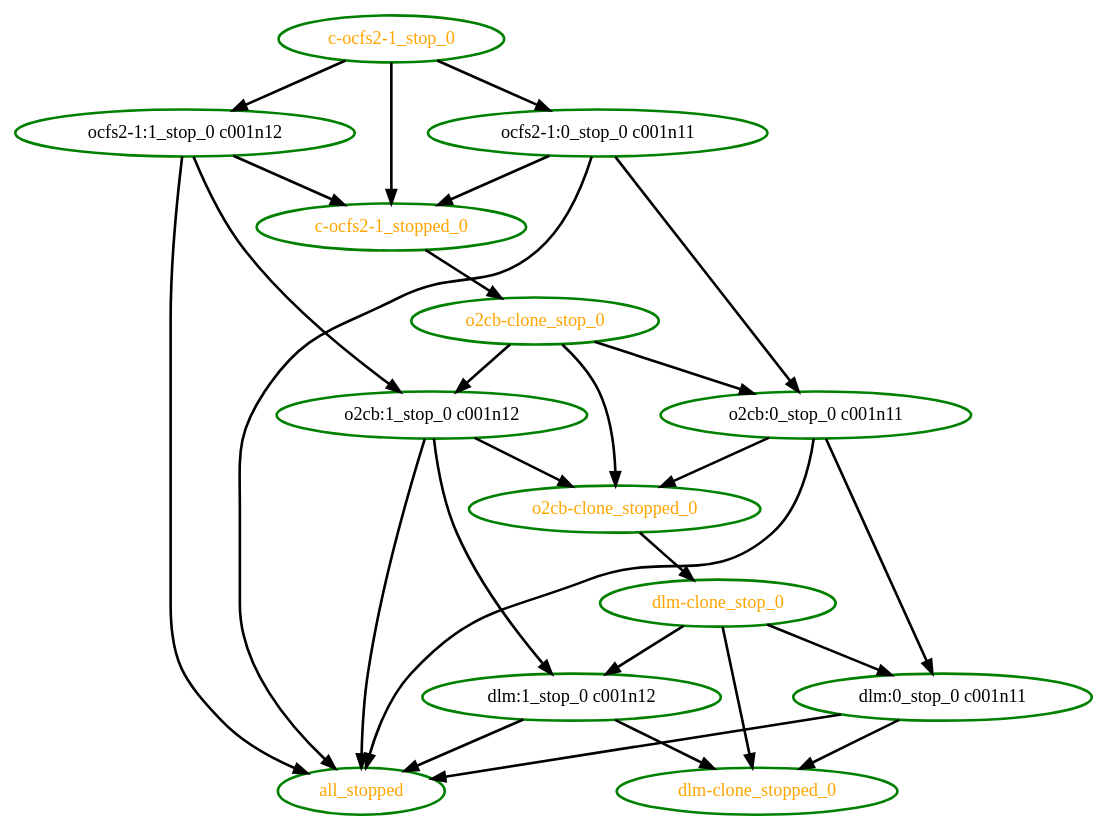
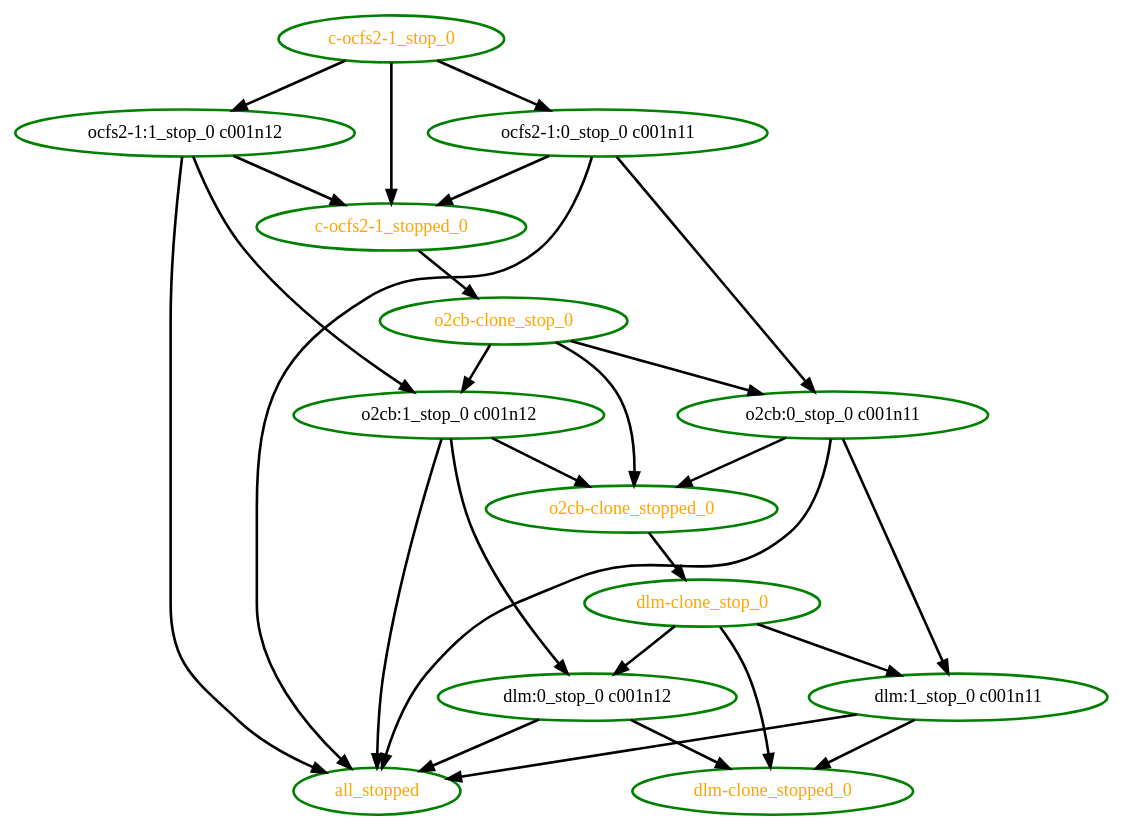
The diagram in pengine/test10/clone-max-zero.dot (ClusterLabs/pacemaker), drawn with Graphviz before and after one commit. The commit also changed 2 other files, not shown here.

Commit message:
High: PE: Bug cl#5038 - Prevent restart of anonymous clones when clone-max decreases

```diff
--- a/pengine/test10/clone-max-zero.dot
+++ b/pengine/test10/clone-max-zero.dot
@@ -1,42 +1,42 @@
 digraph "g" {
 "all_stopped" [ style=bold color="green" fontcolor="orange" ]
 "c-ocfs2-1_stop_0" -> "c-ocfs2-1_stopped_0" [ style = bold]
 "c-ocfs2-1_stop_0" -> "ocfs2-1:0_stop_0 c001n11" [ style = bold]
 "c-ocfs2-1_stop_0" -> "ocfs2-1:1_stop_0 c001n12" [ style = bold]
 "c-ocfs2-1_stop_0" [ style=bold color="green" fontcolor="orange" ]
 "c-ocfs2-1_stopped_0" -> "o2cb-clone_stop_0" [ style = bold]
 "c-ocfs2-1_stopped_0" [ style=bold color="green" fontcolor="orange" ]
 "dlm-clone_stop_0" -> "dlm-clone_stopped_0" [ style = bold]
-"dlm-clone_stop_0" -> "dlm:0_stop_0 c001n11" [ style = bold]
-"dlm-clone_stop_0" -> "dlm:1_stop_0 c001n12" [ style = bold]
+"dlm-clone_stop_0" -> "dlm:0_stop_0 c001n12" [ style = bold]
+"dlm-clone_stop_0" -> "dlm:1_stop_0 c001n11" [ style = bold]
 "dlm-clone_stop_0" [ style=bold color="green" fontcolor="orange" ]
 "dlm-clone_stopped_0" [ style=bold color="green" fontcolor="orange" ]
-"dlm:0_stop_0 c001n11" -> "all_stopped" [ style = bold]
-"dlm:0_stop_0 c001n11" -> "dlm-clone_stopped_0" [ style = bold]
-"dlm:0_stop_0 c001n11" [ style=bold color="green" fontcolor="black" ]
-"dlm:1_stop_0 c001n12" -> "all_stopped" [ style = bold]
-"dlm:1_stop_0 c001n12" -> "dlm-clone_stopped_0" [ style = bold]
-"dlm:1_stop_0 c001n12" [ style=bold color="green" fontcolor="black" ]
+"dlm:0_stop_0 c001n12" -> "all_stopped" [ style = bold]
+"dlm:0_stop_0 c001n12" -> "dlm-clone_stopped_0" [ style = bold]
+"dlm:0_stop_0 c001n12" [ style=bold color="green" fontcolor="black"]
+"dlm:1_stop_0 c001n11" -> "all_stopped" [ style = bold]
+"dlm:1_stop_0 c001n11" -> "dlm-clone_stopped_0" [ style = bold]
+"dlm:1_stop_0 c001n11" [ style=bold color="green" fontcolor="black"]
 "o2cb-clone_stop_0" -> "o2cb-clone_stopped_0" [ style = bold]
 "o2cb-clone_stop_0" -> "o2cb:0_stop_0 c001n11" [ style = bold]
 "o2cb-clone_stop_0" -> "o2cb:1_stop_0 c001n12" [ style = bold]
 "o2cb-clone_stop_0" [ style=bold color="green" fontcolor="orange" ]
 "o2cb-clone_stopped_0" -> "dlm-clone_stop_0" [ style = bold]
 "o2cb-clone_stopped_0" [ style=bold color="green" fontcolor="orange" ]
 "o2cb:0_stop_0 c001n11" -> "all_stopped" [ style = bold]
-"o2cb:0_stop_0 c001n11" -> "dlm:0_stop_0 c001n11" [ style = bold]
+"o2cb:0_stop_0 c001n11" -> "dlm:1_stop_0 c001n11" [ style = bold]
 "o2cb:0_stop_0 c001n11" -> "o2cb-clone_stopped_0" [ style = bold]
 "o2cb:0_stop_0 c001n11" [ style=bold color="green" fontcolor="black" ]
 "o2cb:1_stop_0 c001n12" -> "all_stopped" [ style = bold]
-"o2cb:1_stop_0 c001n12" -> "dlm:1_stop_0 c001n12" [ style = bold]
+"o2cb:1_stop_0 c001n12" -> "dlm:0_stop_0 c001n12" [ style = bold]
 "o2cb:1_stop_0 c001n12" -> "o2cb-clone_stopped_0" [ style = bold]
 "o2cb:1_stop_0 c001n12" [ style=bold color="green" fontcolor="black" ]
 "ocfs2-1:0_stop_0 c001n11" -> "all_stopped" [ style = bold]
 "ocfs2-1:0_stop_0 c001n11" -> "c-ocfs2-1_stopped_0" [ style = bold]
 "ocfs2-1:0_stop_0 c001n11" -> "o2cb:0_stop_0 c001n11" [ style = bold]
 "ocfs2-1:0_stop_0 c001n11" [ style=bold color="green" fontcolor="black" ]
 "ocfs2-1:1_stop_0 c001n12" -> "all_stopped" [ style = bold]
 "ocfs2-1:1_stop_0 c001n12" -> "c-ocfs2-1_stopped_0" [ style = bold]
 "ocfs2-1:1_stop_0 c001n12" -> "o2cb:1_stop_0 c001n12" [ style = bold]
 "ocfs2-1:1_stop_0 c001n12" [ style=bold color="green" fontcolor="black" ]
 }
```
